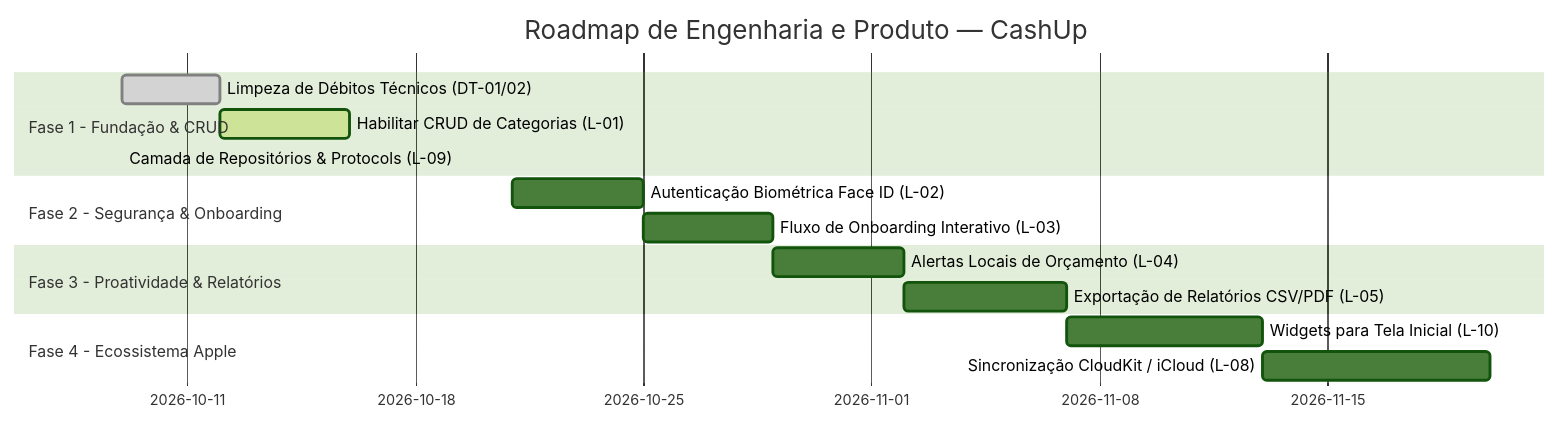
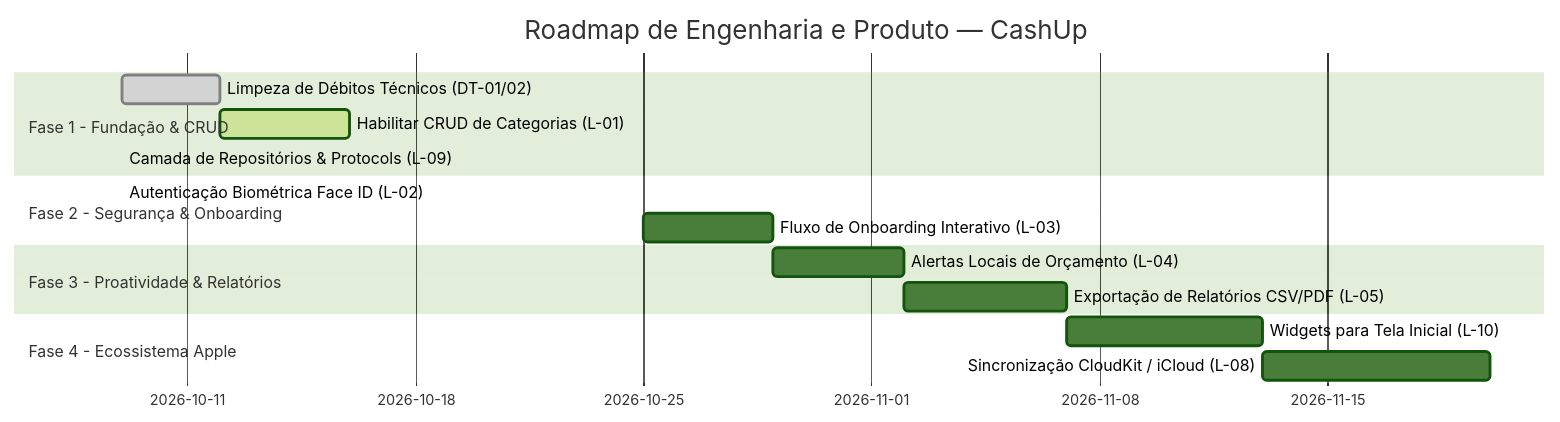
The diagram in docs/rules/gap_analysis_and_roadmap.md (gustavosouto02/CashUp-App00), drawn with Mermaid (forest theme) before and after one commit. The commit also changed other lines of this file and 22 other files, not shown here.

````diff
--- a/docs/rules/gap_analysis_and_roadmap.md
+++ b/docs/rules/gap_analysis_and_roadmap.md
@@ -99,18 +97,18 @@
 ```mermaid
 gantt
     title Roadmap de Engenharia e Produto — CashUp
     dateFormat  YYYY-MM-DD
     section Fase 1 - Fundação & CRUD
     Limpeza de Débitos Técnicos (DT-01/02) :done, p1, 2026-10-09, 3d
     Habilitar CRUD de Categorias (L-01)    :active, p2, 2026-10-12, 4d
     Camada de Repositórios & Protocols (L-09): done, p3, 2026-10-09, 2026-10-09
     section Fase 2 - Segurança & Onboarding
-    Autenticação Biométrica Face ID (L-02) : p4, 2026-10-21, 4d
+    Autenticação Biométrica Face ID (L-02) : done, p4, 2026-10-09, 2026-10-09
     Fluxo de Onboarding Interativo (L-03)  : p5, 2026-10-25, 4d
     section Fase 3 - Proatividade & Relatórios
     Alertas Locais de Orçamento (L-04)     : p6, 2026-10-29, 4d
     Exportação de Relatórios CSV/PDF (L-05): p7, 2026-11-02, 5d
     section Fase 4 - Ecossistema Apple
     Widgets para Tela Inicial (L-10)       : p8, 2026-11-07, 6d
     Sincronização CloudKit / iCloud (L-08) : p9, 2026-11-13, 7d
 ```
````
